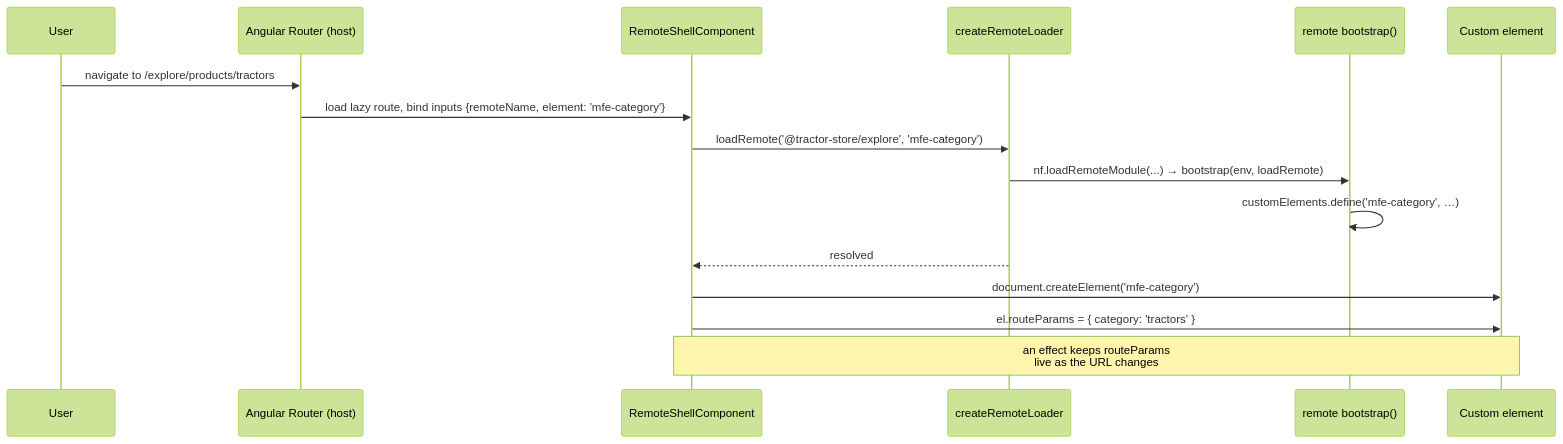
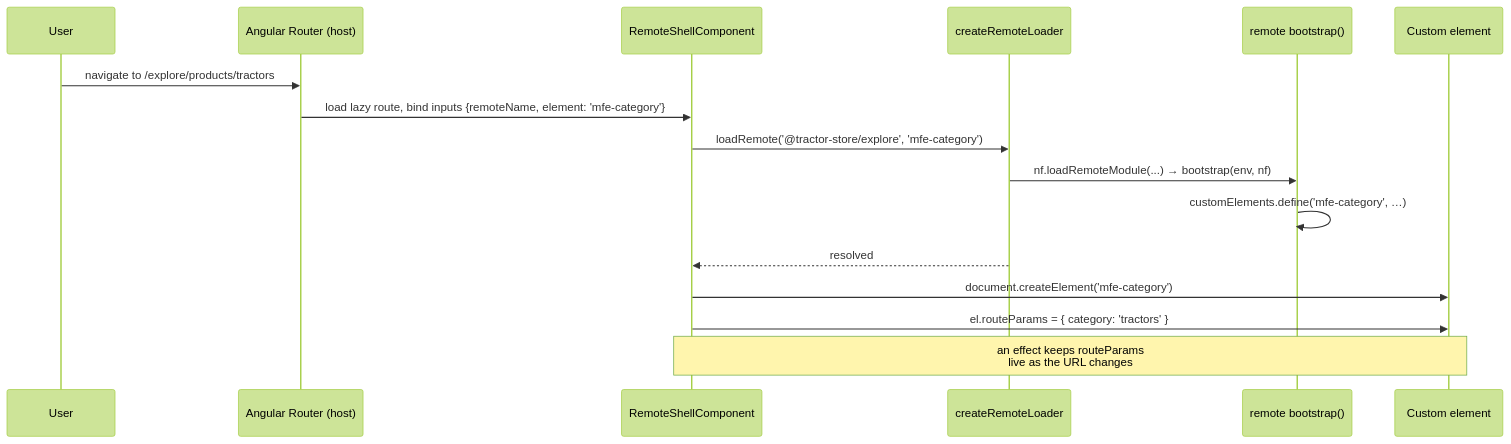
One commit to native-federation/playground changed the second of 4 diagrams in angular/tractor-store/docs/architecture.md. Above: the diagram before and after it, drawn with Mermaid (forest theme). The commit also changed other lines of this file and 17 other files, not shown here.

````diff
--- a/angular/tractor-store/docs/architecture.md
+++ b/angular/tractor-store/docs/architecture.md
@@ -177,19 +175,19 @@
 ```mermaid
 sequenceDiagram
     participant U as User
     participant R as Angular Router (host)
     participant S as RemoteShellComponent
     participant L as createRemoteLoader
     participant B as remote bootstrap()
     participant E as Custom element
 
     U->>R: navigate to /explore/products/tractors
     R->>S: load lazy route, bind inputs {remoteName, element: 'mfe-category'}
     S->>L: loadRemote('@tractor-store/explore', 'mfe-category')
-    L->>B: nf.loadRemoteModule(...) → bootstrap(env, loadRemote)
+    L->>B: nf.loadRemoteModule(...) → bootstrap(env, nf)
     B->>B: customElements.define('mfe-category', …)
     L-->>S: resolved
     S->>E: document.createElement('mfe-category')
     S->>E: el.routeParams = { category: 'tractors' }
     Note over S,E: an effect keeps routeParams<br/>live as the URL changes
 ```
````
